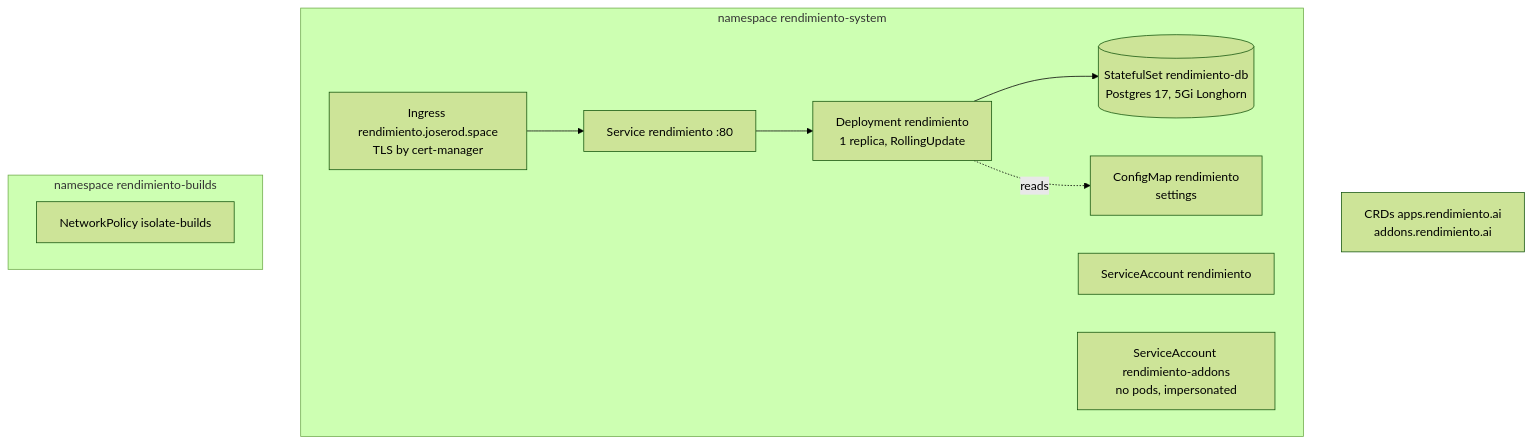
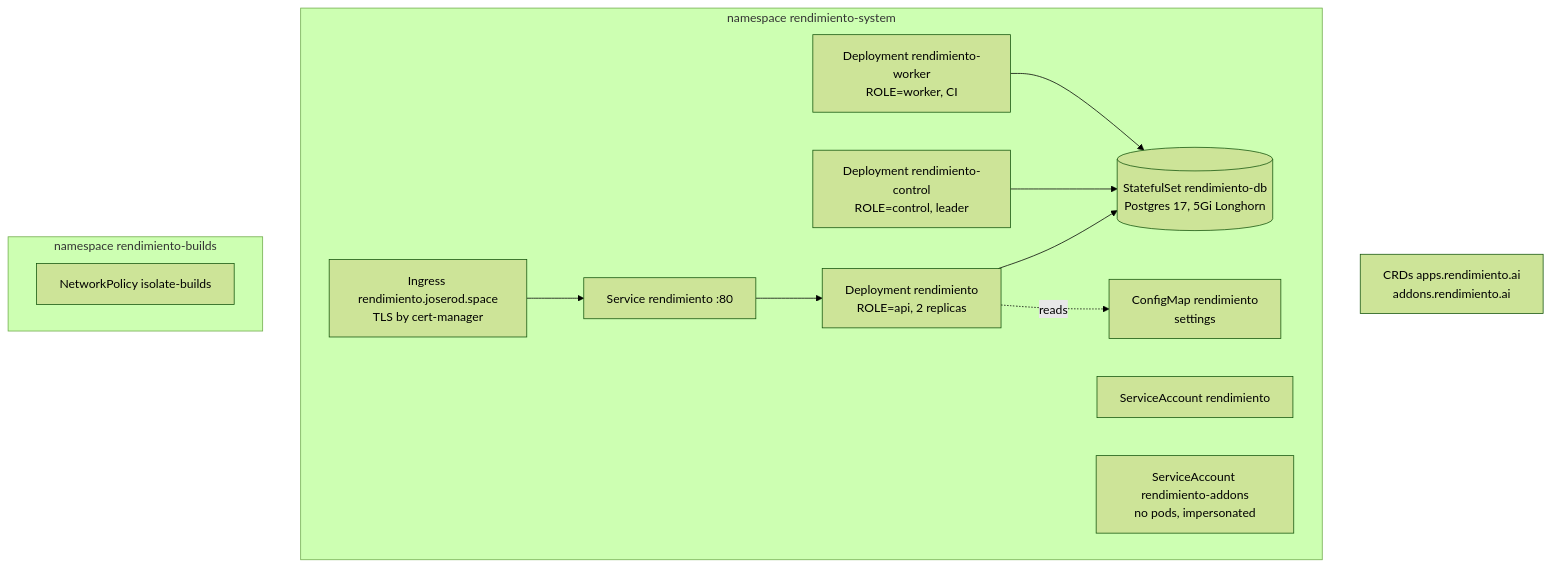
Before and after one commit to p0dxD/rendimiento.ai: the first of 2 diagrams in docs/content/environment/deploy.md, drawn with Mermaid (forest theme). The commit also changed other lines of this file and 27 other files, not shown here.

First line of the commit message:
Three services from one image: ROLE api, control and worker

````diff
--- a/docs/content/environment/deploy.md
+++ b/docs/content/environment/deploy.md
@@ -37,18 +37,22 @@
 ```mermaid
 flowchart TB
     subgraph rs[namespace rendimiento-system]
-        dep[Deployment rendimiento<br/>1 replica, RollingUpdate]
+        dep[Deployment rendimiento<br/>ROLE=api, 2 replicas]
+        ctl[Deployment rendimiento-control<br/>ROLE=control, leader]
+        wrk[Deployment rendimiento-worker<br/>ROLE=worker, CI]
         svc[Service rendimiento :80]
         ing[Ingress rendimiento.joserod.space<br/>TLS by cert-manager]
         db[(StatefulSet rendimiento-db<br/>Postgres 17, 5Gi Longhorn)]
         cm[ConfigMap rendimiento<br/>settings]
         sa[ServiceAccount rendimiento]
         sa2[ServiceAccount rendimiento-addons<br/>no pods, impersonated]
     end
     subgraph rb[namespace rendimiento-builds]
         np[NetworkPolicy isolate-builds]
     end
     crds[CRDs apps.rendimiento.ai<br/>addons.rendimiento.ai]
     ing --> svc --> dep --> db
+    ctl --> db
+    wrk --> db
     dep -. reads .-> cm
 ```
````
